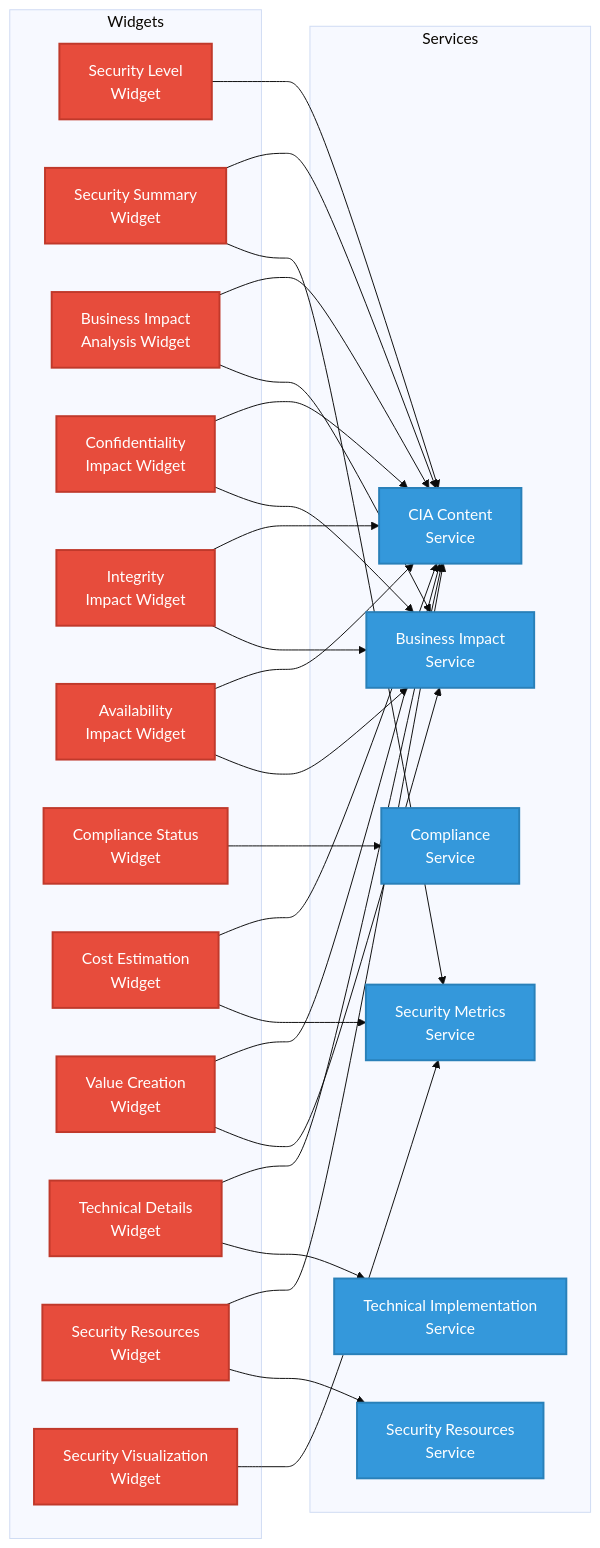
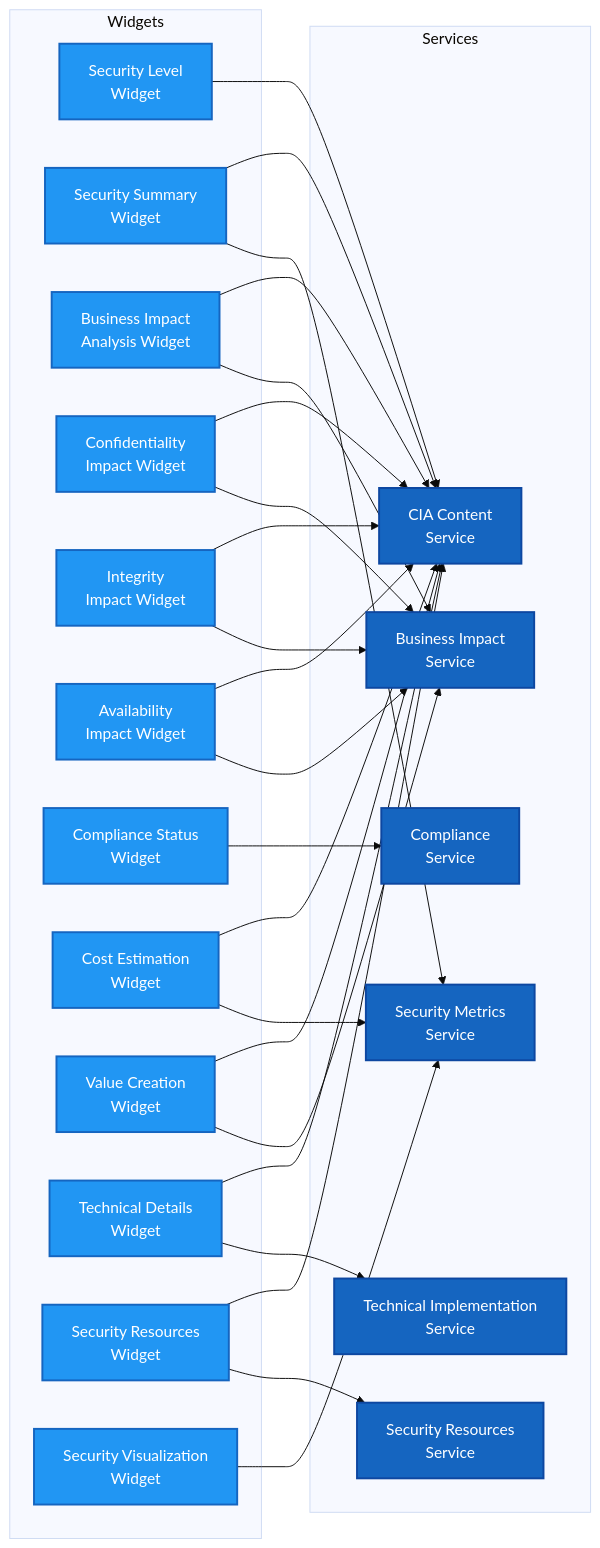
Before and after one commit to Hack23/cia-compliance-manager: the third of 6 diagrams in docs/architecture/WIDGET_ANALYSIS.md, drawn with Mermaid (base theme). The commit also changed other lines of this file and 18 other files, not shown here.

First line of the commit message:
style: update all classDef colors to ISMS style guide palette and fix quadrant charts

````diff
--- a/docs/architecture/WIDGET_ANALYSIS.md
+++ b/docs/architecture/WIDGET_ANALYSIS.md
@@ -80,45 +80,45 @@
 ```mermaid
 flowchart LR
     subgraph "Services"
         CIAContent[CIA Content<br>Service]
         Compliance[Compliance<br>Service]
         SecMetrics[Security Metrics<br>Service]
         SecResources[Security Resources<br>Service]
         TechImpl[Technical Implementation<br>Service]
         BusImpact[Business Impact<br>Service]
     end
     
     subgraph "Widgets"
         SLW[Security Level<br>Widget]
         SSW[Security Summary<br>Widget]
         BIAW[Business Impact<br>Analysis Widget]
         CIW[Confidentiality<br>Impact Widget]
         IIW[Integrity<br>Impact Widget]
         AIW[Availability<br>Impact Widget]
         CSW[Compliance Status<br>Widget]
         CEW[Cost Estimation<br>Widget]
         VCW[Value Creation<br>Widget]
         TDW[Technical Details<br>Widget]
         SRW[Security Resources<br>Widget]
         SVW[Security Visualization<br>Widget]
     end
     
     SLW --> CIAContent
     SSW --> CIAContent & SecMetrics
     BIAW --> CIAContent & BusImpact
     CIW --> CIAContent & BusImpact
     IIW --> CIAContent & BusImpact
     AIW --> CIAContent & BusImpact
     CSW --> Compliance
     CEW --> CIAContent & SecMetrics
     VCW --> CIAContent & BusImpact
     TDW --> CIAContent & TechImpl
     SRW --> CIAContent & SecResources
     SVW --> SecMetrics
     
-    classDef widget fill:#e74c3c,stroke:#c0392b,stroke-width:2px,color:white
-    classDef service fill:#3498db,stroke:#2980b9,stroke-width:2px,color:white
+    classDef widget fill:#2196F3,stroke:#1565C0,stroke-width:2px,color:#ffffff
+    classDef service fill:#1565C0,stroke:#0D47A1,stroke-width:2px,color:#ffffff
     
     class SLW,SSW,BIAW,CIW,IIW,AIW,CSW,CEW,VCW,TDW,SRW,SVW widget
     class CIAContent,Compliance,SecMetrics,SecResources,TechImpl,BusImpact service
 ```
````
